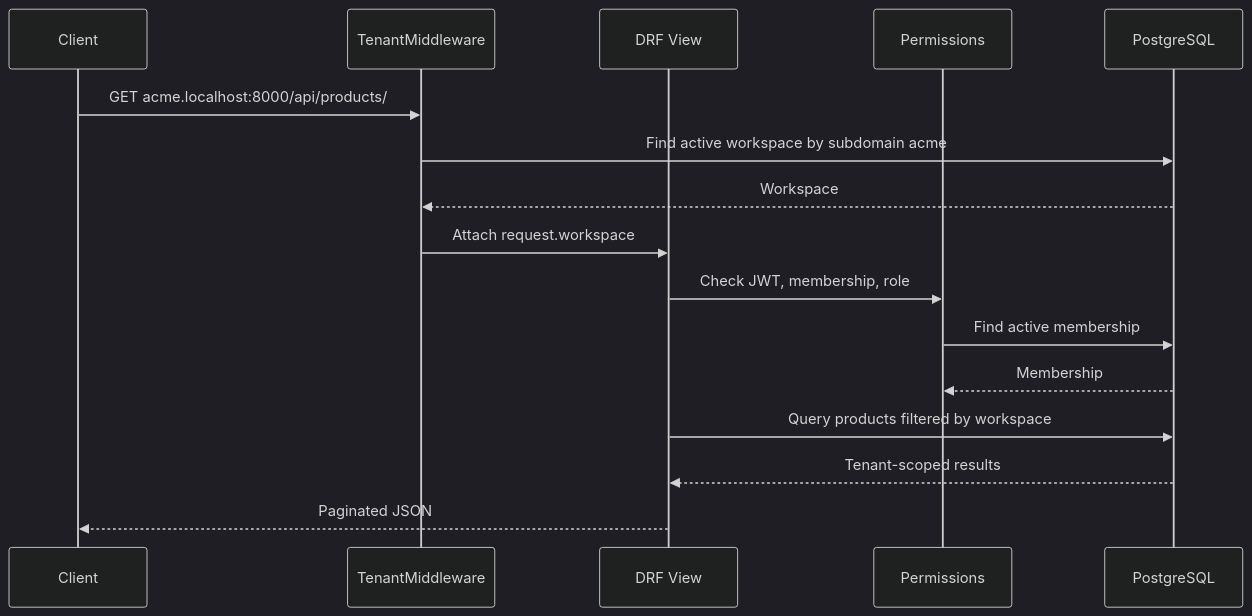
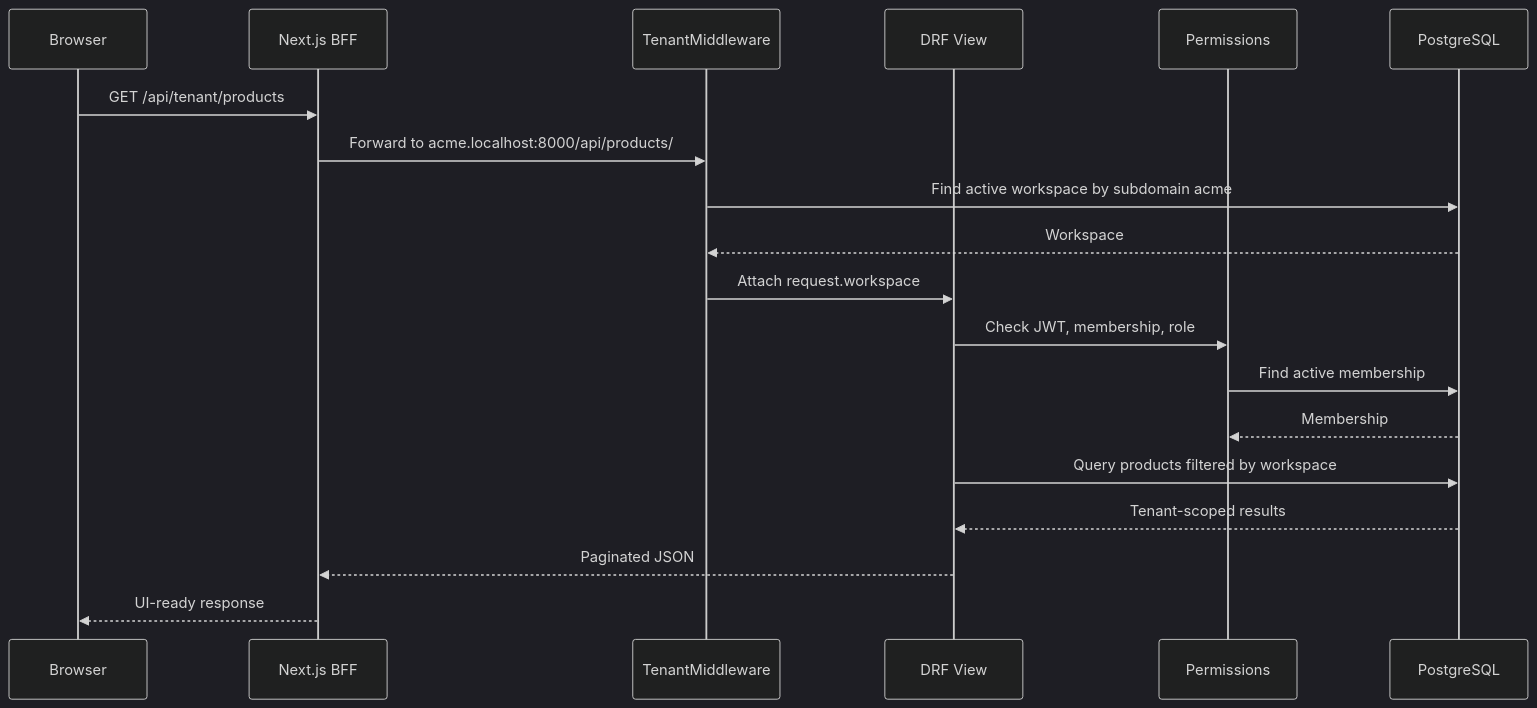
The second of 4 diagrams in docs/architecture-summary.md (bilalzulfiqar-pk/multi-tenant-warehouse-management-saas), drawn with Mermaid (dark theme) before and after one commit. The commit also changed other lines of this file and 3 other files, not shown here.

````diff
--- a/docs/architecture-summary.md
+++ b/docs/architecture-summary.md
@@ -30,19 +35,22 @@
 ```mermaid
 sequenceDiagram
-    participant Client
+    participant Browser
+    participant Next as Next.js BFF
     participant Middleware as TenantMiddleware
     participant View as DRF View
     participant Permission as Permissions
     participant DB as PostgreSQL
 
-    Client->>Middleware: GET acme.localhost:8000/api/products/
+    Browser->>Next: GET /api/tenant/products
+    Next->>Middleware: Forward to acme.localhost:8000/api/products/
     Middleware->>DB: Find active workspace by subdomain acme
     DB-->>Middleware: Workspace
     Middleware->>View: Attach request.workspace
     View->>Permission: Check JWT, membership, role
     Permission->>DB: Find active membership
     DB-->>Permission: Membership
     View->>DB: Query products filtered by workspace
     DB-->>View: Tenant-scoped results
-    View-->>Client: Paginated JSON
+    View-->>Next: Paginated JSON
+    Next-->>Browser: UI-ready response
 ```
````
